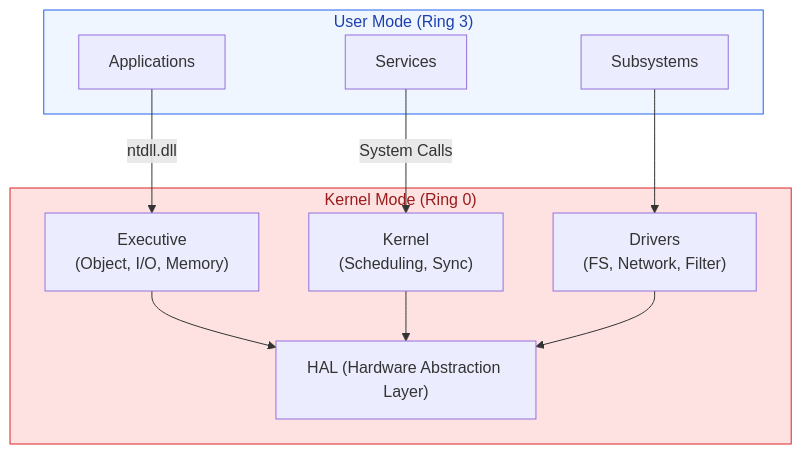
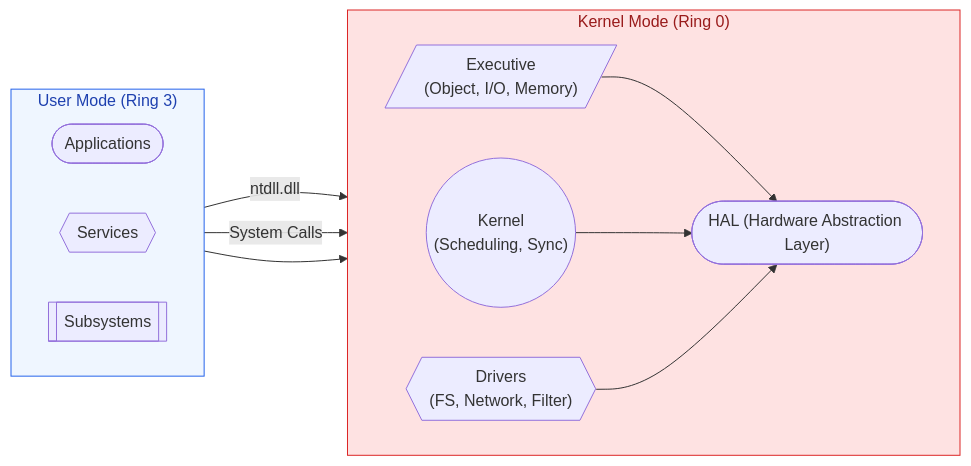
One commit to saivamsikaruturi/vamsilabs-dev-notes-main changed the sixth of 7 diagrams in docs/os/os-fundamentals.md. Above: the diagram before and after it, drawn with Mermaid. The commit also changed other lines of this file and 146 other files, not shown here.

Commit message:
Horizontal diagrams, UML class diagrams, typography overhaul, and permalink cleanup

````diff
--- a/docs/os/os-fundamentals.md
+++ b/docs/os/os-fundamentals.md
@@ -350,25 +350,27 @@
 ```mermaid
-graph TB
+flowchart LR
     subgraph UM["User Mode (Ring 3)"]
-        Apps["Applications"]
-        Svc["Services"]
-        Sub["Subsystems"]
+        direction LR
+        Apps(["Applications"])
+        Svc{{"Services"}}
+        Sub[["Subsystems"]]
     end
 
     subgraph KM["Kernel Mode (Ring 0)"]
-        Exec["Executive\n(Object, I/O, Memory)"]
-        Kern["Kernel\n(Scheduling, Sync)"]
-        Drv["Drivers\n(FS, Network, Filter)"]
-        HAL["HAL (Hardware Abstraction Layer)"]
+        direction LR
+        Exec[/"Executive\n(Object, I/O, Memory)"/]
+        Kern(("Kernel\n(Scheduling, Sync)"))
+        Drv{{"Drivers\n(FS, Network, Filter)"}}
+        HAL(["HAL (Hardware Abstraction Layer)"])
     end
 
     Apps --> |"ntdll.dll"| Exec
     Svc --> |"System Calls"| Kern
     Sub --> Drv
     Exec --> HAL
     Kern --> HAL
     Drv --> HAL
 
     style UM fill:#EFF6FF,stroke:#2563EB,color:#1E40AF
     style KM fill:#FEE2E2,stroke:#DC2626,color:#991B1B
 ```
````
